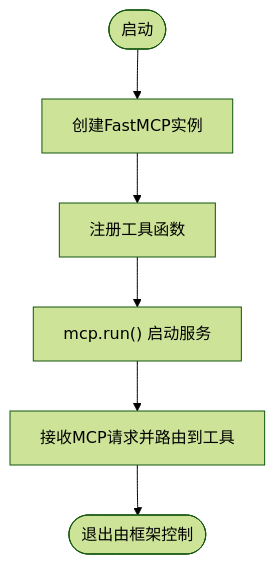
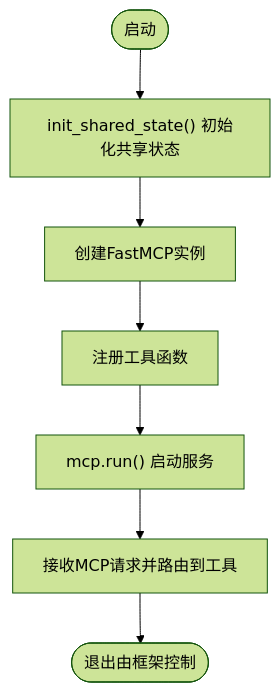
Before and after one commit to 1173591564/academic-based-qoder: the third of 7 diagrams in .qoder/repowiki/zh/content/MCP服务系统/MCP服务器架构.md, drawn with Mermaid (forest theme). The commit also changed other lines of this file and 80 other files, not shown here.

````diff
--- a/.qoder/repowiki/zh/content/MCP服务系统/MCP服务器架构.md
+++ b/.qoder/repowiki/zh/content/MCP服务系统/MCP服务器架构.md
@@ -135,8 +156,9 @@
 ```mermaid
 flowchart TD
-Start(["启动"]) --> NewMCP["创建FastMCP实例"]
+Start(["启动"]) --> InitState["init_shared_state() 初始化共享状态"]
+InitState --> NewMCP["创建FastMCP实例"]
 NewMCP --> RegisterTools["注册工具函数"]
 RegisterTools --> Run["mcp.run() 启动服务"]
 Run --> Serve["接收MCP请求并路由到工具"]
 Serve --> End(["退出由框架控制"])
 ```
````
